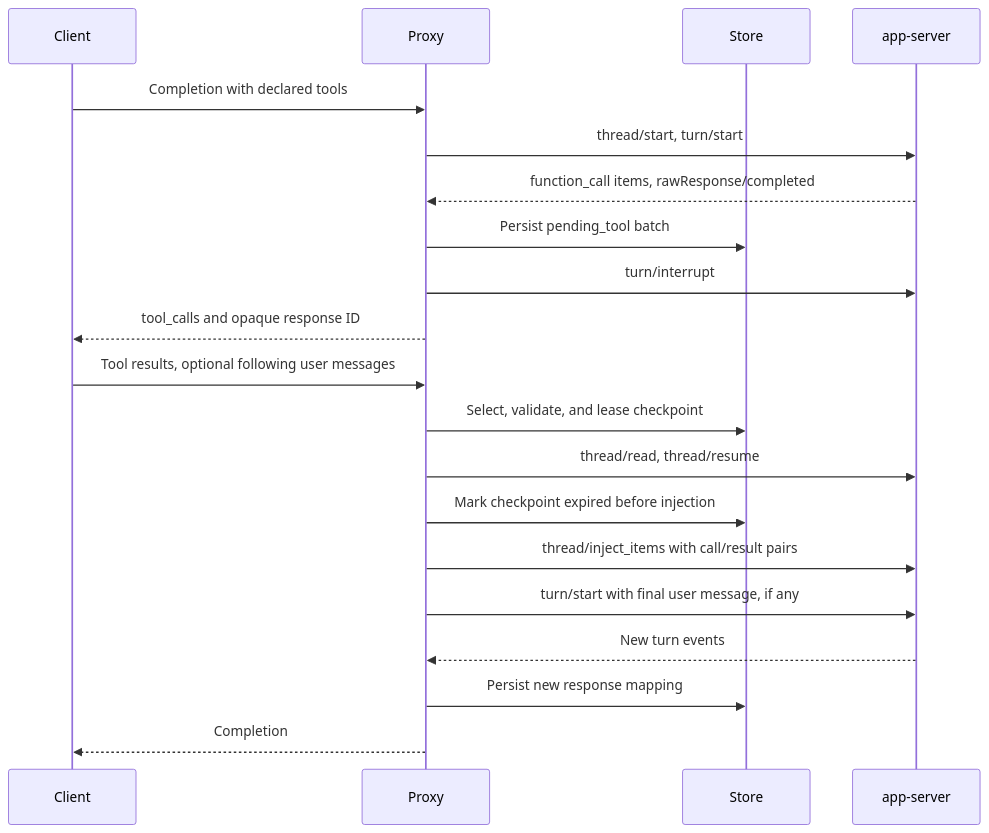
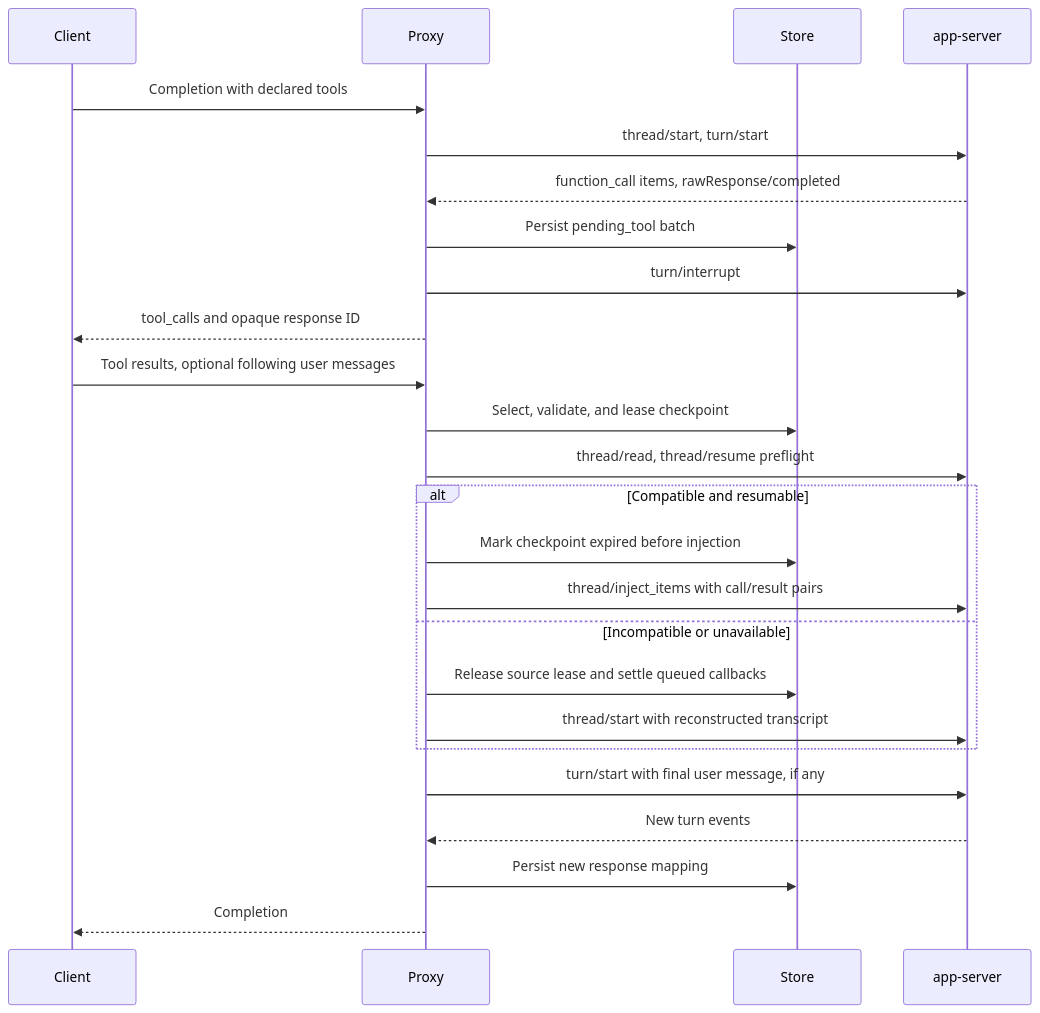
Before and after one commit to CIVITAS-John/codex-app-server-to-proxy: the diagram in docs/continuation.md, drawn with Mermaid. The commit also changed other lines of this file and 6 other files, not shown here.

````diff
--- a/docs/continuation.md
+++ b/docs/continuation.md
@@ -38,22 +41,27 @@
 ```mermaid
 sequenceDiagram
     participant Client
     participant Proxy
     participant Store
     participant Codex as app-server
     Client->>Proxy: Completion with declared tools
     Proxy->>Codex: thread/start, turn/start
     Codex-->>Proxy: function_call items, rawResponse/completed
     Proxy->>Store: Persist pending_tool batch
     Proxy->>Codex: turn/interrupt
     Proxy-->>Client: tool_calls and opaque response ID
     Client->>Proxy: Tool results, optional following user messages
     Proxy->>Store: Select, validate, and lease checkpoint
-    Proxy->>Codex: thread/read, thread/resume
-    Proxy->>Store: Mark checkpoint expired before injection
-    Proxy->>Codex: thread/inject_items with call/result pairs
+    Proxy->>Codex: thread/read, thread/resume preflight
+    alt Compatible and resumable
+        Proxy->>Store: Mark checkpoint expired before injection
+        Proxy->>Codex: thread/inject_items with call/result pairs
+    else Incompatible or unavailable
+        Proxy->>Store: Release source lease and settle queued callbacks
+        Proxy->>Codex: thread/start with reconstructed transcript
+    end
     Proxy->>Codex: turn/start with final user message, if any
     Codex-->>Proxy: New turn events
     Proxy->>Store: Persist new response mapping
     Proxy-->>Client: Completion
 ```
````
